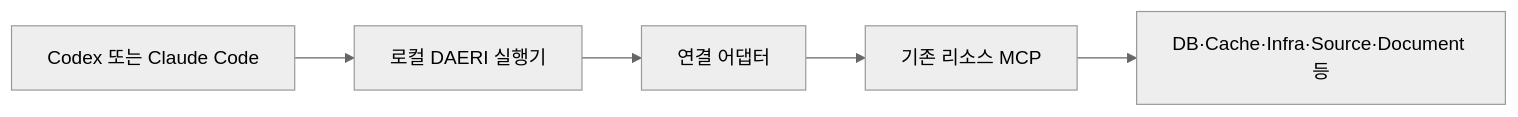
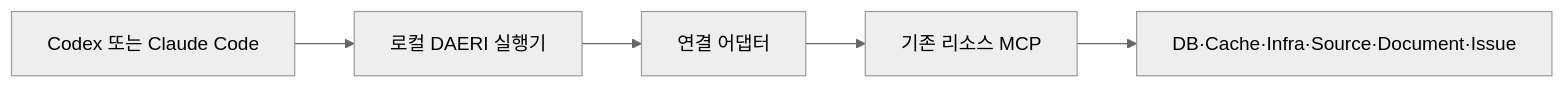
One commit to VVoodyHong/DAERI changed the diagram in docs/spec/resources/contract.md. Above: the diagram before and after it, drawn with Mermaid (neutral theme). The commit also changed other lines of this file and 99 other files, not shown here.

````diff
--- a/docs/spec/resources/contract.md
+++ b/docs/spec/resources/contract.md
@@ -13,7 +14,7 @@
 ```mermaid
 flowchart LR
     H[Codex 또는 Claude Code] --> D[로컬 DAERI 실행기]
     D --> A[연결 어댑터]
     A --> M[기존 리소스 MCP]
-    M --> R[DB·Cache·Infra·Source·Document 등]
+    M --> R[DB·Cache·Infra·Source·Document·Issue]
 ```
````
